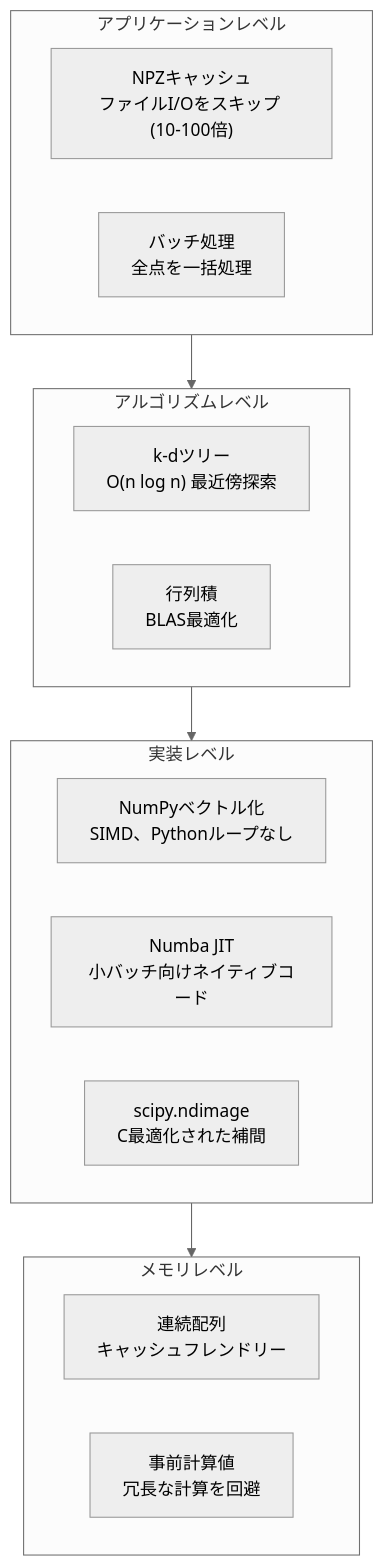
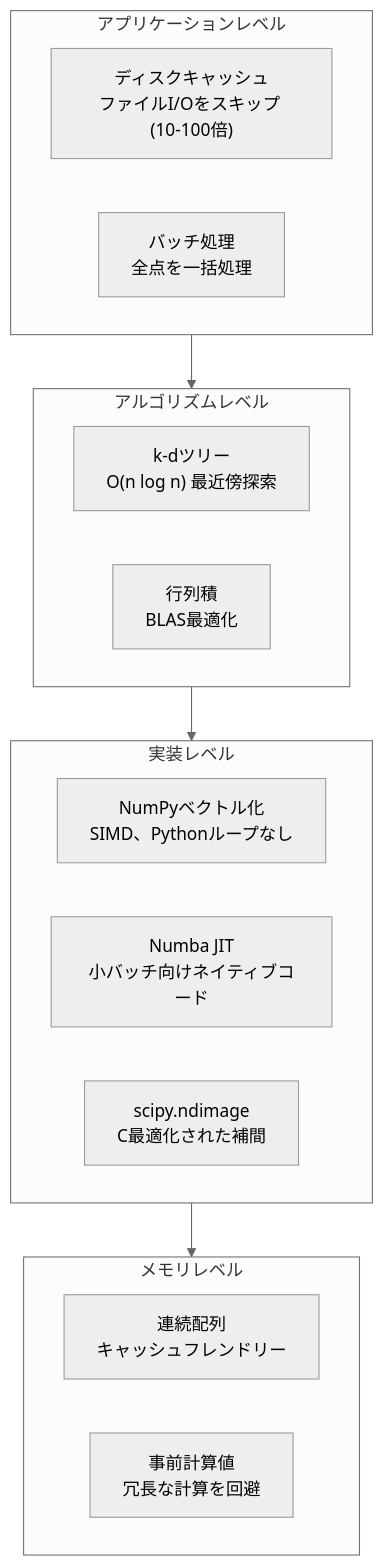
One commit to tkykszk/pyTMD_turbo changed the eighth of 8 diagrams in docs/optimization.md. Above: the diagram before and after it, drawn with Mermaid (neutral theme). The commit also changed other lines of this file and 47 other files, not shown here.

````diff
--- a/docs/optimization.md
+++ b/docs/optimization.md
@@ -753,25 +777,25 @@
 ```mermaid
 graph TB
     subgraph APP["アプリケーションレベル"]
-        A1["NPZキャッシュ<br/>ファイルI/Oをスキップ (10-100倍)"]
+        A1["ディスクキャッシュ<br/>ファイルI/Oをスキップ (10-100倍)"]
         A2["バッチ処理<br/>全点を一括処理"]
     end
 
     subgraph ALG["アルゴリズムレベル"]
         B1["k-dツリー<br/>O(n log n) 最近傍探索"]
         B2["行列積<br/>BLAS最適化"]
     end
 
     subgraph IMP["実装レベル"]
         C1["NumPyベクトル化<br/>SIMD、Pythonループなし"]
         C2["Numba JIT<br/>小バッチ向けネイティブコード"]
         C3["scipy.ndimage<br/>C最適化された補間"]
     end
 
     subgraph MEM["メモリレベル"]
         D1["連続配列<br/>キャッシュフレンドリー"]
         D2["事前計算値<br/>冗長な計算を回避"]
     end
 
     APP --> ALG --> IMP --> MEM
 ```
````
